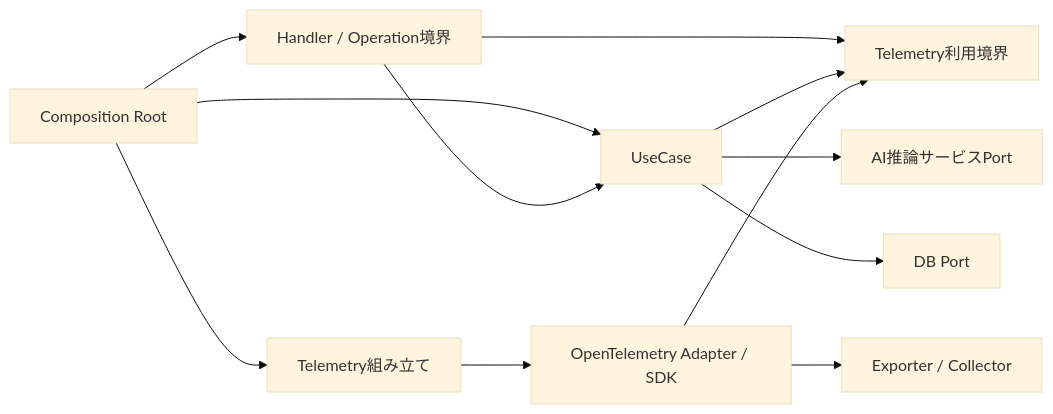
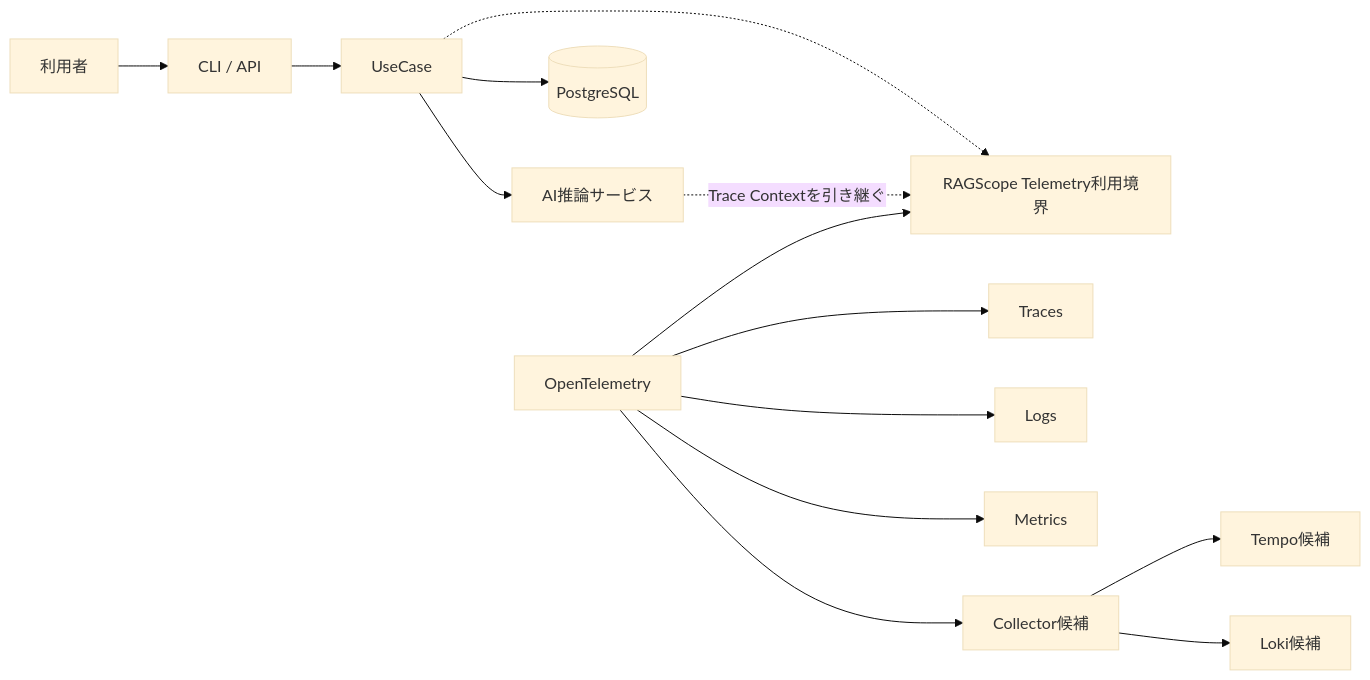
One commit to takashit16833/Workbench changed the sixth of 7 diagrams in Notes/RAGScope/RAGScopeアプリケーション/RS-0023 Observability設計メモ.md. Above: the diagram before and after it, drawn with Mermaid (base theme). The commit also changed other lines of this file, not shown here.

````diff
--- a/Notes/RAGScope/RAGScopeアプリケーション/RS-0023 Observability設計メモ.md
+++ b/Notes/RAGScope/RAGScopeアプリケーション/RS-0023 Observability設計メモ.md
@@ -87,18 +143,21 @@
 ```mermaid
 flowchart LR
-    CR["Composition Root"] --> H["Handler / Operation境界"]
-    CR --> UC["UseCase"]
-    CR --> TEL["Telemetry組み立て"]
+    USER["利用者"] --> IF["CLI / API"]
+    IF --> UC["UseCase"]
 
-    H --> UC
-    H --> TAPI["Telemetry利用境界"]
-    UC --> TAPI
+    UC --> AI["AI推論サービス"]
+    UC --> DB[("PostgreSQL")]
 
-    UC --> AIS["AI推論サービスPort"]
-    UC --> DBP["DB Port"]
+    UC -.-> TEL["RAGScope Telemetry利用境界"]
+    AI -. "Trace Contextを引き継ぐ" .-> TEL
 
-    TEL --> OTEL["OpenTelemetry Adapter / SDK"]
-    OTEL --> TAPI
+    OTEL["OpenTelemetry"] --> TEL
 
-    OTEL --> EXT["Exporter / Collector"]
+    OTEL --> TR["Traces"]
+    OTEL --> LG["Logs"]
+    OTEL --> MT["Metrics"]
+
+    OTEL --> COL["Collector候補"]
+    COL --> TEMPO["Tempo候補"]
+    COL --> LOKI["Loki候補"]
 ```
````
